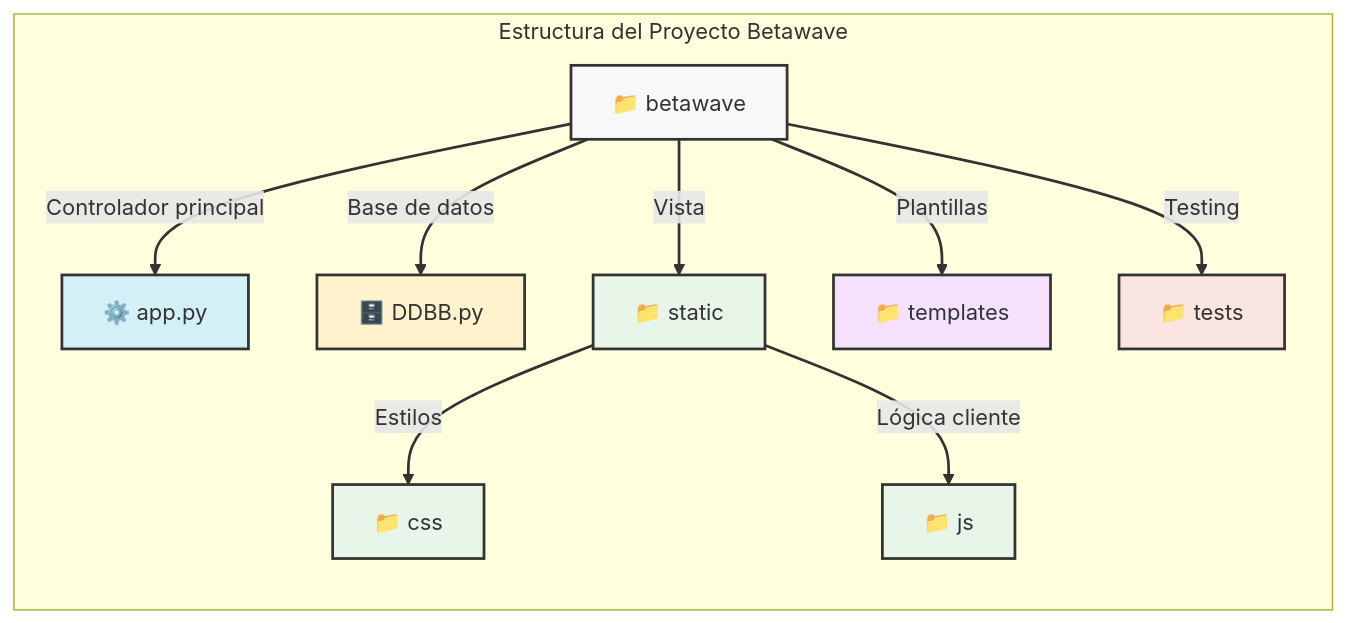
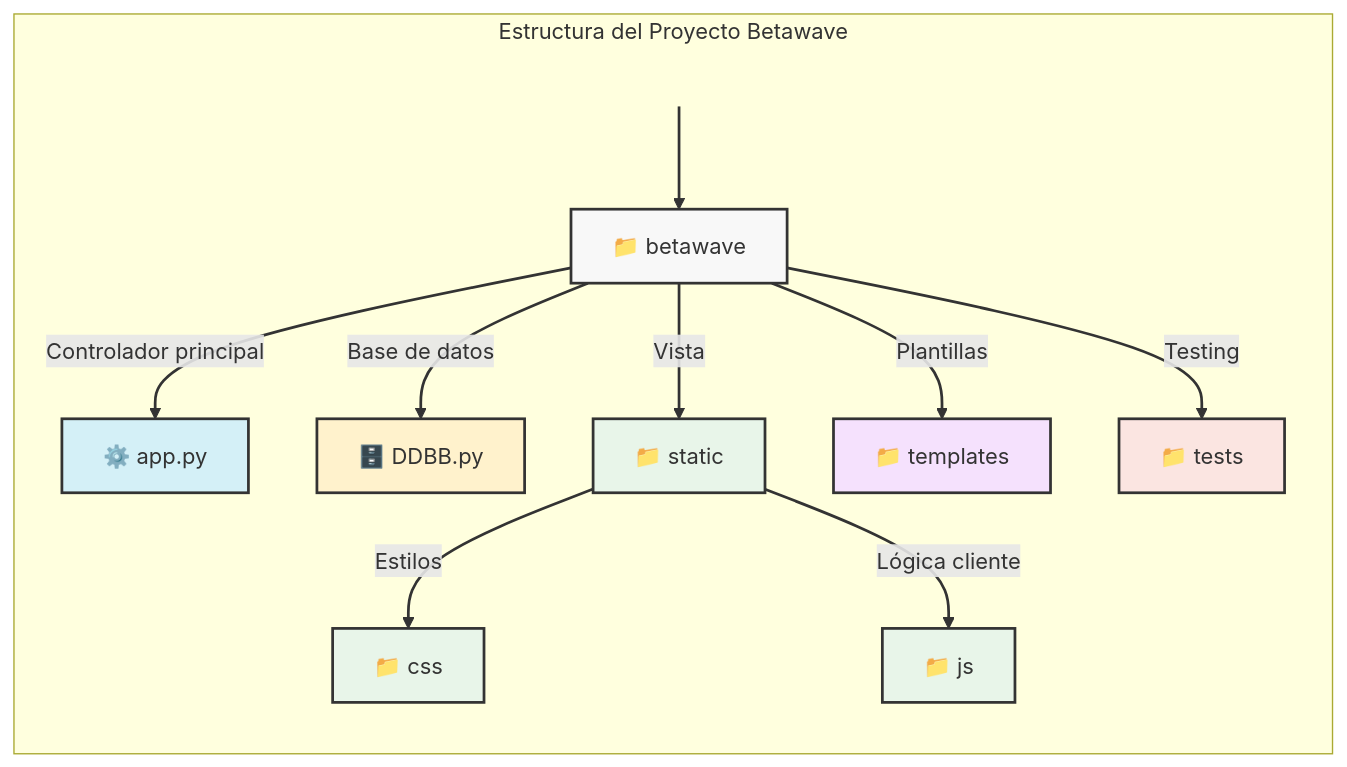
The diagram in project_structure_presentation.md (DanielJimenezZapata/TFG_DAM), drawn with Mermaid before and after one commit.

Commit message:
diagrama mejorado

````diff
--- a/project_structure_presentation.md
+++ b/project_structure_presentation.md
@@ -1,28 +1,36 @@
 ```mermaid
 graph TB
     subgraph "Estructura del Proyecto Betawave"
         direction TB
+        
+        %% Añadiendo espacio en blanco arriba
+        space1[" "]
+        space1 --> A
+        
+        %% Nodo principal
         A[📁 betawave]
+        
+        style space1 fill:none,stroke:none
         A -->|"Controlador principal"| B[⚙️ app.py]
         A -->|"Base de datos"| C[🗄️ DDBB.py]
         
         A -->|"Vista"| D[📁 static]
         D -->|"Estilos"| E[📁 css]
         D -->|"Lógica cliente"| F[📁 js]
         
         A -->|"Plantillas"| G[📁 templates]
         A -->|"Testing"| H[📁 tests]
 
         style A fill:#f8f8f8,stroke:#333,stroke-width:2px
         style B fill:#d4f0f7,stroke:#333,stroke-width:2px
         style C fill:#fff2cc,stroke:#333,stroke-width:2px
         style D fill:#e8f5e9,stroke:#333,stroke-width:2px
         style E fill:#e8f5e9,stroke:#333,stroke-width:2px
         style F fill:#e8f5e9,stroke:#333,stroke-width:2px
         style G fill:#f5e1fd,stroke:#333,stroke-width:2px
         style H fill:#fbe5e1,stroke:#333,stroke-width:2px
     end
 
     classDef default fill:#f9f9f9,stroke:#333,stroke-width:2px;
     linkStyle default stroke:#333,stroke-width:2px;
 ```
````
